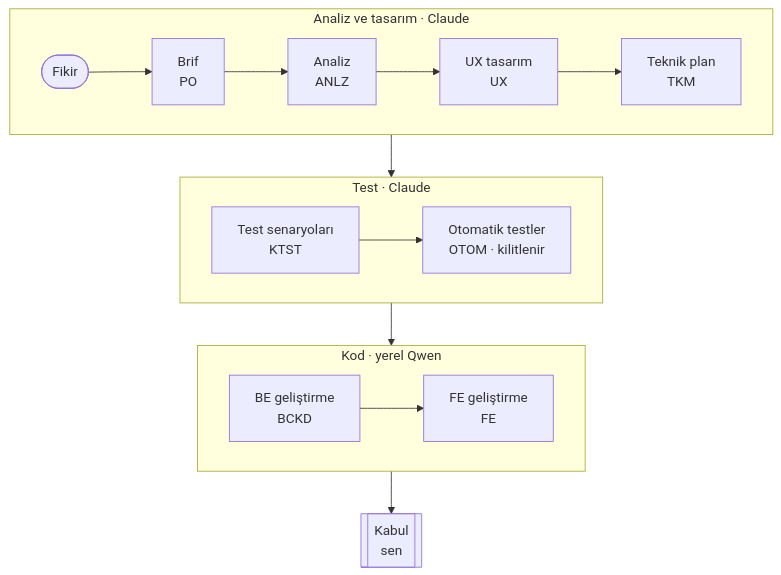
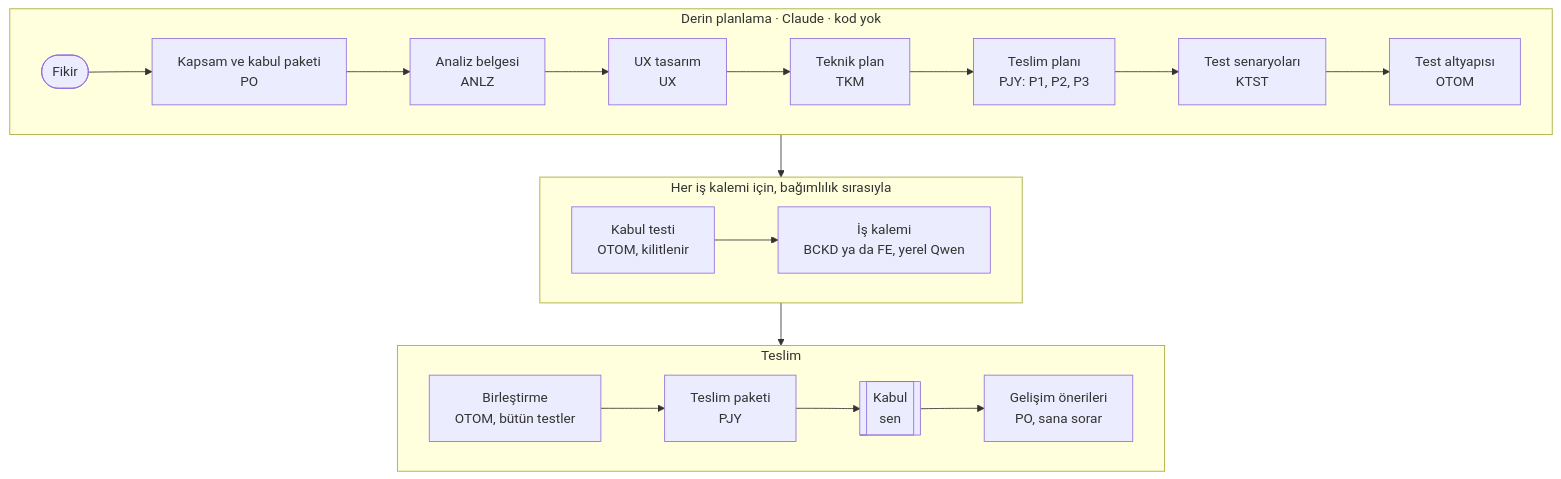
Before and after one commit to kagantantan/kovan: the fifth of 6 diagrams in README.md, drawn with Mermaid. The commit also changed other lines of this file and 57 other files, not shown here.

````diff
--- a/README.md
+++ b/README.md
@@ -158,16 +173,17 @@
 ```mermaid
 flowchart TB
-    subgraph G1 ["Analiz ve tasarım · Claude"]
+    subgraph G1 ["Derin planlama · Claude · kod yok"]
         direction LR
-        F(["Fikir"]) --> B["Brif<br/>PO"] --> A["Analiz<br/>ANLZ"] --> UX["UX tasarım<br/>UX"] --> P["Teknik plan<br/>TKM"]
+        F(["Fikir"]) --> B["Kapsam ve kabul paketi<br/>PO"] --> A["Analiz belgesi<br/>ANLZ"] --> UX["UX tasarım<br/>UX"] --> P["Teknik plan<br/>TKM"] --> TP["Teslim planı<br/>PJY: P1, P2, P3"]
+        TP --> TS["Test senaryoları<br/>KTST"] --> TA["Test altyapısı<br/>OTOM"]
     end
-    subgraph G2 ["Test · Claude"]
+    subgraph G2 ["Her iş kalemi için, bağımlılık sırasıyla"]
         direction LR
-        TS["Test senaryoları<br/>KTST"] --> OT["Otomatik testler<br/>OTOM · kilitlenir"]
+        KT["Kabul testi<br/>OTOM, kilitlenir"] --> IK["İş kalemi<br/>BCKD ya da FE, yerel Qwen"]
     end
-    subgraph G3 ["Kod · yerel Qwen"]
+    subgraph G3 ["Teslim"]
         direction LR
-        BE["BE geliştirme<br/>BCKD"] --> FE["FE geliştirme<br/>FE"]
+        BR["Birleştirme<br/>OTOM, bütün testler"] --> TE["Teslim paketi<br/>PJY"] --> K[["Kabul<br/>sen"]] --> GE["Gelişim önerileri<br/>PO, sana sorar"]
     end
-    G1 --> G2 --> G3 --> K[["Kabul<br/>sen"]]
+    G1 --> G2 --> G3
 ```
````
